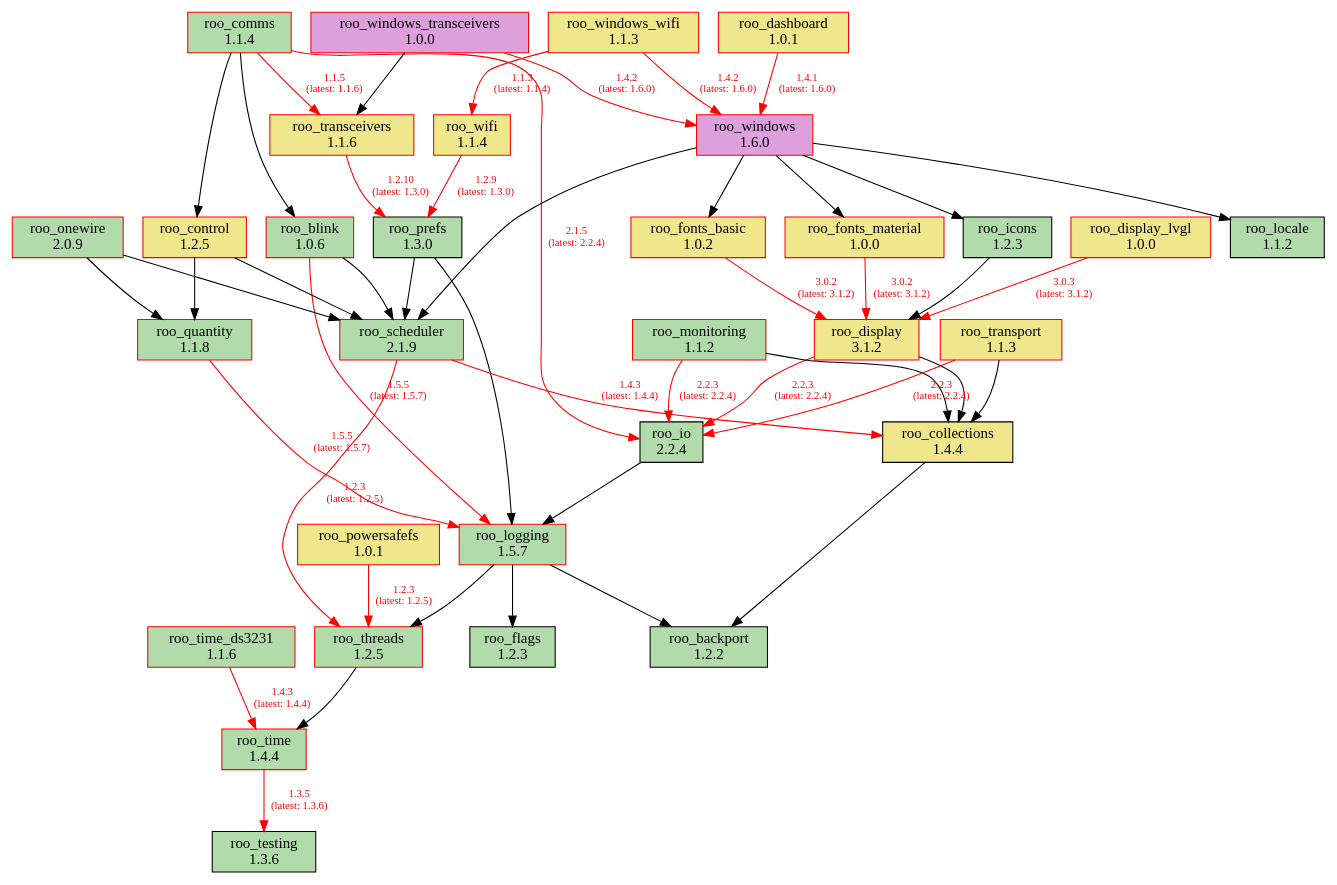
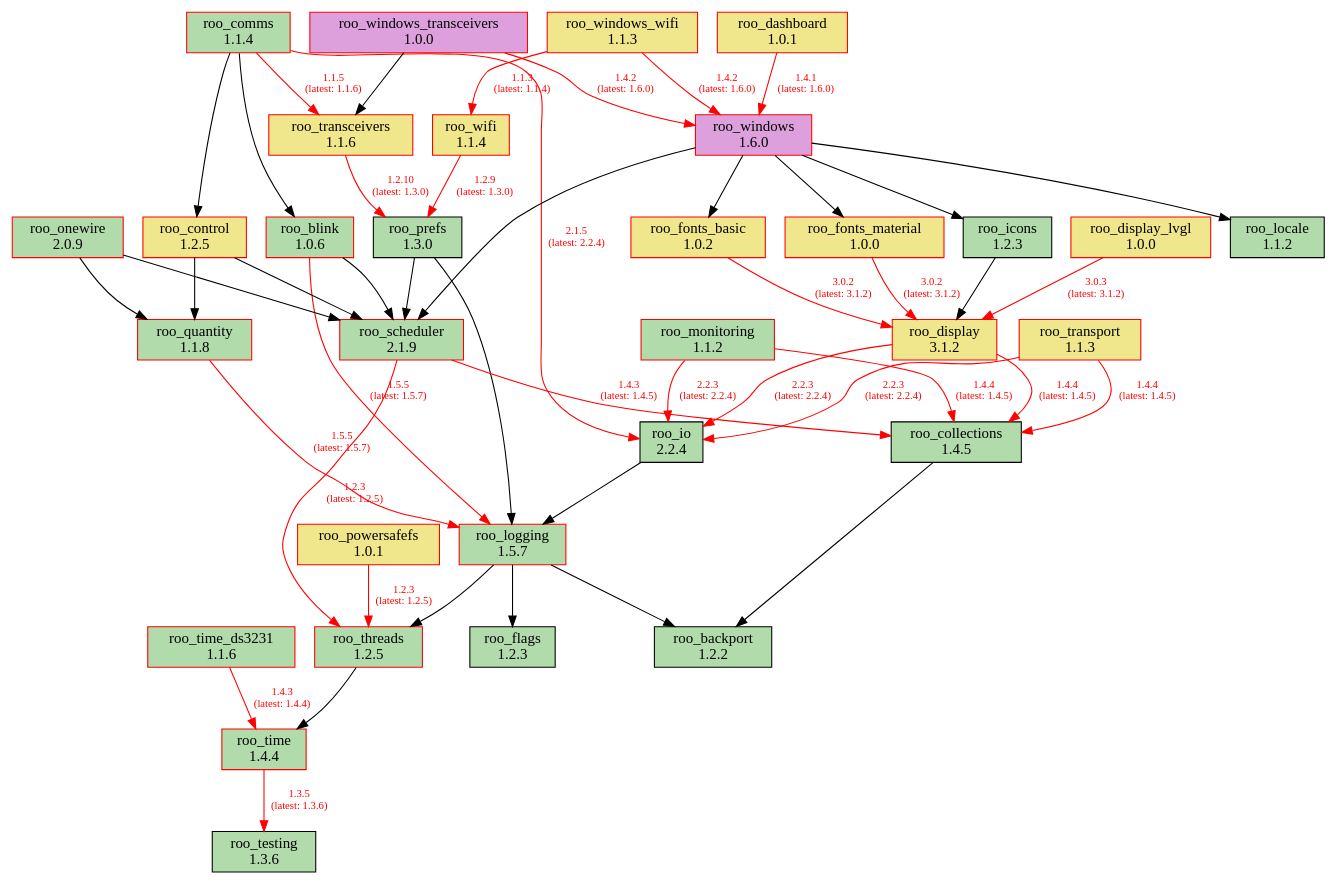
The diagram in doc/dependencies.dot (dejwk/roo-registry), drawn with Graphviz before and after one commit. The commit also changed 3 other files, not shown here.

Commit message:
Added roo_collections 1.4.5 to the registry.

```diff
--- a/doc/dependencies.dot
+++ b/doc/dependencies.dot
@@ -1,86 +1,86 @@
 digraph dependencies {
     rankdir=TB;
     node [shape=box, style=filled];
     edge [fontsize=10];
 
     // Modules
     "roo_backport" [label="roo_backport\n1.2.2", fillcolor="#b1dbab", color="black"];
     "roo_blink" [label="roo_blink\n1.0.6", fillcolor="#b1dbab", color="red"];
-    "roo_collections" [label="roo_collections\n1.4.4", fillcolor="khaki", color="black"];
+    "roo_collections" [label="roo_collections\n1.4.5", fillcolor="#b1dbab", color="black"];
     "roo_comms" [label="roo_comms\n1.1.4", fillcolor="#b1dbab", color="red"];
     "roo_control" [label="roo_control\n1.2.5", fillcolor="khaki", color="red"];
     "roo_dashboard" [label="roo_dashboard\n1.0.1", fillcolor="khaki", color="red"];
     "roo_display" [label="roo_display\n3.1.2", fillcolor="khaki", color="red"];
     "roo_display_lvgl" [label="roo_display_lvgl\n1.0.0", fillcolor="khaki", color="red"];
     "roo_flags" [label="roo_flags\n1.2.3", fillcolor="#b1dbab", color="black"];
     "roo_fonts_basic" [label="roo_fonts_basic\n1.0.2", fillcolor="khaki", color="red"];
     "roo_fonts_material" [label="roo_fonts_material\n1.0.0", fillcolor="khaki", color="red"];
     "roo_icons" [label="roo_icons\n1.2.3", fillcolor="#b1dbab", color="black"];
     "roo_io" [label="roo_io\n2.2.4", fillcolor="#b1dbab", color="black"];
     "roo_locale" [label="roo_locale\n1.1.2", fillcolor="#b1dbab", color="black"];
     "roo_logging" [label="roo_logging\n1.5.7", fillcolor="#b1dbab", color="red"];
     "roo_monitoring" [label="roo_monitoring\n1.1.2", fillcolor="#b1dbab", color="red"];
     "roo_onewire" [label="roo_onewire\n2.0.9", fillcolor="#b1dbab", color="red"];
     "roo_powersafefs" [label="roo_powersafefs\n1.0.1", fillcolor="khaki", color="red"];
     "roo_prefs" [label="roo_prefs\n1.3.0", fillcolor="#b1dbab", color="black"];
     "roo_quantity" [label="roo_quantity\n1.1.8", fillcolor="#b1dbab", color="red"];
     "roo_scheduler" [label="roo_scheduler\n2.1.9", fillcolor="#b1dbab", color="red"];
     "roo_testing" [label="roo_testing\n1.3.6", fillcolor="#b1dbab", color="black"];
     "roo_threads" [label="roo_threads\n1.2.5", fillcolor="#b1dbab", color="red"];
     "roo_time" [label="roo_time\n1.4.4", fillcolor="#b1dbab", color="red"];
     "roo_time_ds3231" [label="roo_time_ds3231\n1.1.6", fillcolor="#b1dbab", color="red"];
     "roo_transceivers" [label="roo_transceivers\n1.1.6", fillcolor="khaki", color="red"];
     "roo_transport" [label="roo_transport\n1.1.3", fillcolor="khaki", color="red"];
     "roo_wifi" [label="roo_wifi\n1.1.4", fillcolor="khaki", color="red"];
     "roo_windows" [label="roo_windows\n1.6.0", fillcolor="plum", color="red"];
     "roo_windows_transceivers" [label="roo_windows_transceivers\n1.0.0", fillcolor="plum", color="red"];
     "roo_windows_wifi" [label="roo_windows_wifi\n1.1.3", fillcolor="khaki", color="red"];
 
     // Dependencies
     "roo_blink" -> "roo_logging" [color=red, fontcolor=red, label="1.5.5\n(latest: 1.5.7)"];
     "roo_blink" -> "roo_scheduler";
     "roo_collections" -> "roo_backport";
     "roo_comms" -> "roo_blink";
     "roo_comms" -> "roo_control";
     "roo_comms" -> "roo_io" [color=red, fontcolor=red, label="2.1.5\n(latest: 2.2.4)"];
     "roo_comms" -> "roo_transceivers" [color=red, fontcolor=red, label="1.1.5\n(latest: 1.1.6)"];
     "roo_control" -> "roo_quantity";
     "roo_control" -> "roo_scheduler";
     "roo_dashboard" -> "roo_windows" [color=red, fontcolor=red, label="1.4.1\n(latest: 1.6.0)"];
-    "roo_display" -> "roo_collections";
+    "roo_display" -> "roo_collections" [color=red, fontcolor=red, label="1.4.4\n(latest: 1.4.5)"];
     "roo_display" -> "roo_io" [color=red, fontcolor=red, label="2.2.3\n(latest: 2.2.4)"];
     "roo_display_lvgl" -> "roo_display" [color=red, fontcolor=red, label="3.0.3\n(latest: 3.1.2)"];
     "roo_fonts_basic" -> "roo_display" [color=red, fontcolor=red, label="3.0.2\n(latest: 3.1.2)"];
     "roo_fonts_material" -> "roo_display" [color=red, fontcolor=red, label="3.0.2\n(latest: 3.1.2)"];
     "roo_icons" -> "roo_display";
     "roo_io" -> "roo_logging";
     "roo_logging" -> "roo_backport";
     "roo_logging" -> "roo_flags";
     "roo_logging" -> "roo_threads";
-    "roo_monitoring" -> "roo_collections";
+    "roo_monitoring" -> "roo_collections" [color=red, fontcolor=red, label="1.4.4\n(latest: 1.4.5)"];
     "roo_monitoring" -> "roo_io" [color=red, fontcolor=red, label="2.2.3\n(latest: 2.2.4)"];
     "roo_onewire" -> "roo_scheduler";
     "roo_onewire" -> "roo_quantity";
     "roo_powersafefs" -> "roo_threads" [color=red, fontcolor=red, label="1.2.3\n(latest: 1.2.5)"];
     "roo_prefs" -> "roo_logging";
     "roo_prefs" -> "roo_scheduler";
     "roo_quantity" -> "roo_logging" [color=red, fontcolor=red, label="1.5.5\n(latest: 1.5.7)"];
-    "roo_scheduler" -> "roo_collections" [color=red, fontcolor=red, label="1.4.3\n(latest: 1.4.4)"];
+    "roo_scheduler" -> "roo_collections" [color=red, fontcolor=red, label="1.4.3\n(latest: 1.4.5)"];
     "roo_scheduler" -> "roo_threads" [color=red, fontcolor=red, label="1.2.3\n(latest: 1.2.5)"];
     "roo_threads" -> "roo_time";
     "roo_time" -> "roo_testing" [color=red, fontcolor=red, label="1.3.5\n(latest: 1.3.6)"];
     "roo_time_ds3231" -> "roo_time" [color=red, fontcolor=red, label="1.4.3\n(latest: 1.4.4)"];
     "roo_transceivers" -> "roo_prefs" [color=red, fontcolor=red, label="1.2.10\n(latest: 1.3.0)"];
-    "roo_transport" -> "roo_collections";
+    "roo_transport" -> "roo_collections" [color=red, fontcolor=red, label="1.4.4\n(latest: 1.4.5)"];
     "roo_transport" -> "roo_io" [color=red, fontcolor=red, label="2.2.3\n(latest: 2.2.4)"];
     "roo_wifi" -> "roo_prefs" [color=red, fontcolor=red, label="1.2.9\n(latest: 1.3.0)"];
     "roo_windows" -> "roo_fonts_basic";
     "roo_windows" -> "roo_fonts_material";
     "roo_windows" -> "roo_locale";
     "roo_windows" -> "roo_icons";
     "roo_windows" -> "roo_scheduler";
     "roo_windows_transceivers" -> "roo_transceivers";
     "roo_windows_transceivers" -> "roo_windows" [color=red, fontcolor=red, label="1.4.2\n(latest: 1.6.0)"];
     "roo_windows_wifi" -> "roo_wifi" [color=red, fontcolor=red, label="1.1.3\n(latest: 1.1.4)"];
     "roo_windows_wifi" -> "roo_windows" [color=red, fontcolor=red, label="1.4.2\n(latest: 1.6.0)"];
 }
```
